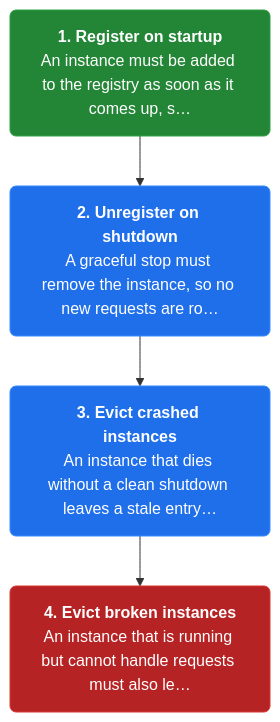
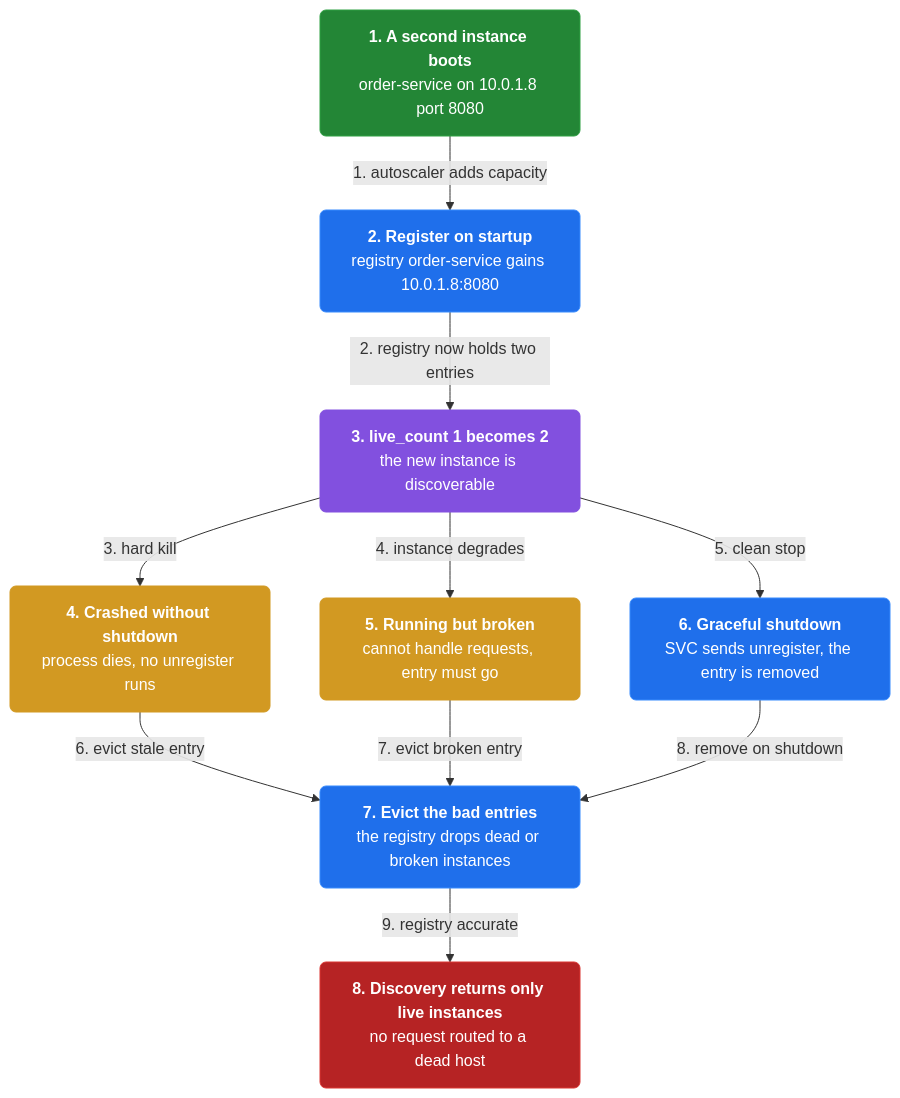
The first of 3 diagrams in docs/ch08-third-party-registration.md (vinayakuber/microservices-io-study-guide), drawn with Mermaid before and after one commit. The commit also changed other lines of this file and 46 other files, not shown here.

First line of the commit message:
Author rich branching flow diagrams for all 44 chapters

````diff
--- a/docs/ch08-third-party-registration.md
+++ b/docs/ch08-third-party-registration.md
@@ -13,13 +13,25 @@
 ```mermaid
 flowchart TD
-  classDef step fill:#1f6feb,color:#ffffff,stroke:#388bfd,stroke-width:1px,rx:6
+  classDef step fill:#1f6feb,color:#ffffff,stroke:#388bfd,rx:6
+  classDef core fill:#8250df,color:#ffffff,stroke:#8250df,rx:6
+  classDef warn fill:#d29922,color:#ffffff,stroke:#d29922,rx:6
   classDef start fill:#238636,color:#ffffff,stroke:#2ea043,rx:6
   classDef stop fill:#b62324,color:#ffffff,stroke:#da3633,rx:6
-  s0n0["<b>1. Register on startup</b><br/>An instance must be added to the registry as soon as it comes up, s…"]:::start
-  s0n1["<b>2. Unregister on shutdown</b><br/>A graceful stop must remove the instance, so no new requests are ro…"]:::step
-  s0n2["<b>3. Evict crashed instances</b><br/>An instance that dies without a clean shutdown leaves a stale entry…"]:::step
-  s0n3["<b>4. Evict broken instances</b><br/>An instance that is running but cannot handle requests must also le…"]:::stop
-  s0n0 --> s0n1
-  s0n1 --> s0n2
-  s0n2 --> s0n3
+  n0["<b>1. A second instance boots</b><br/>order-service on 10.0.1.8 port 8080"]:::start
+  n1["<b>2. Register on startup</b><br/>registry order-service gains 10.0.1.8:8080"]:::step
+  n2["<b>3. live_count 1 becomes 2</b><br/>the new instance is discoverable"]:::core
+  n3["<b>4. Crashed without shutdown</b><br/>process dies, no unregister runs"]:::warn
+  n4["<b>5. Running but broken</b><br/>cannot handle requests, entry must go"]:::warn
+  n5["<b>6. Graceful shutdown</b><br/>SVC sends unregister, the entry is removed"]:::step
+  n6["<b>7. Evict the bad entries</b><br/>the registry drops dead or broken instances"]:::step
+  n7["<b>8. Discovery returns only live instances</b><br/>no request routed to a dead host"]:::stop
+  n0 -->|"1. autoscaler adds capacity"| n1
+  n1 -->|"2. registry now holds two entries"| n2
+  n2 -->|"3. hard kill"| n3
+  n2 -->|"4. instance degrades"| n4
+  n2 -->|"5. clean stop"| n5
+  n3 -->|"6. evict stale entry"| n6
+  n4 -->|"7. evict broken entry"| n6
+  n5 -->|"8. remove on shutdown"| n6
+  n6 -->|"9. registry accurate"| n7
 ```
````
